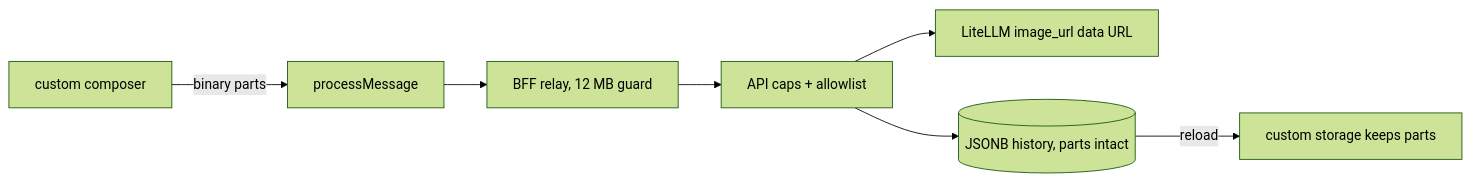
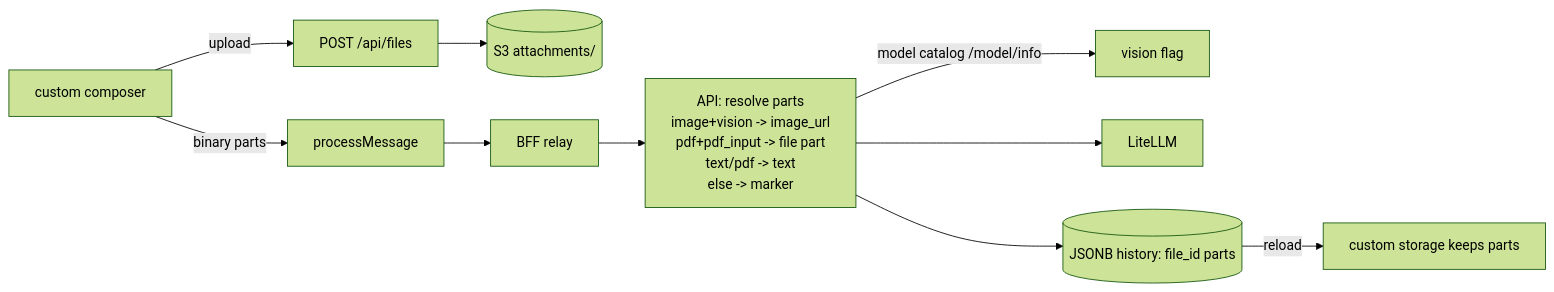
Before and after one commit to mac-lisowski/project-taipan: the diagram in docs/specs/planned/chat-attachments/spec.md, drawn with Mermaid (forest theme). The commit also changed other lines of this file and 77 other files, not shown here.

Commit message:
feat(api): chat attachments and artifacts (#53)

````diff
--- a/docs/specs/planned/chat-attachments/spec.md
+++ b/docs/specs/planned/chat-attachments/spec.md
@@ -85,9 +155,12 @@
 ```mermaid
 flowchart LR
-  C[custom composer] -->|binary parts| P[processMessage]
-  P --> B[BFF relay, 12 MB guard]
-  B --> A[API caps + allowlist]
-  A --> L[LiteLLM image_url data URL]
-  A --> H[(JSONB history, parts intact)]
+  C[custom composer] -->|upload| F["POST /api/files"]
+  F --> S3[(S3 attachments/)]
+  C -->|binary parts| P[processMessage]
+  P --> B[BFF relay]
+  B --> A["API: resolve parts<br>image+vision -> image_url<br>pdf+pdf_input -> file part<br>text/pdf -> text<br>else -> marker"]
+  A -->|model catalog /model/info| V[vision flag]
+  A --> L[LiteLLM]
+  A --> H[(JSONB history: file_id parts)]
   H -->|reload| W[custom storage keeps parts]
 ```
````
